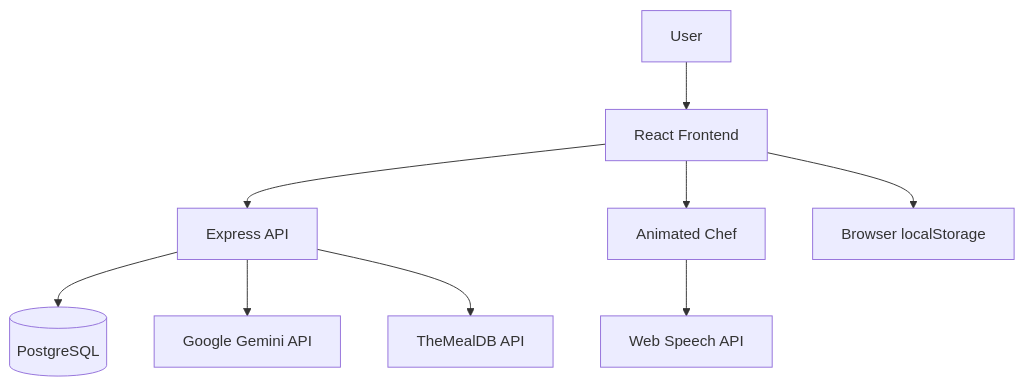
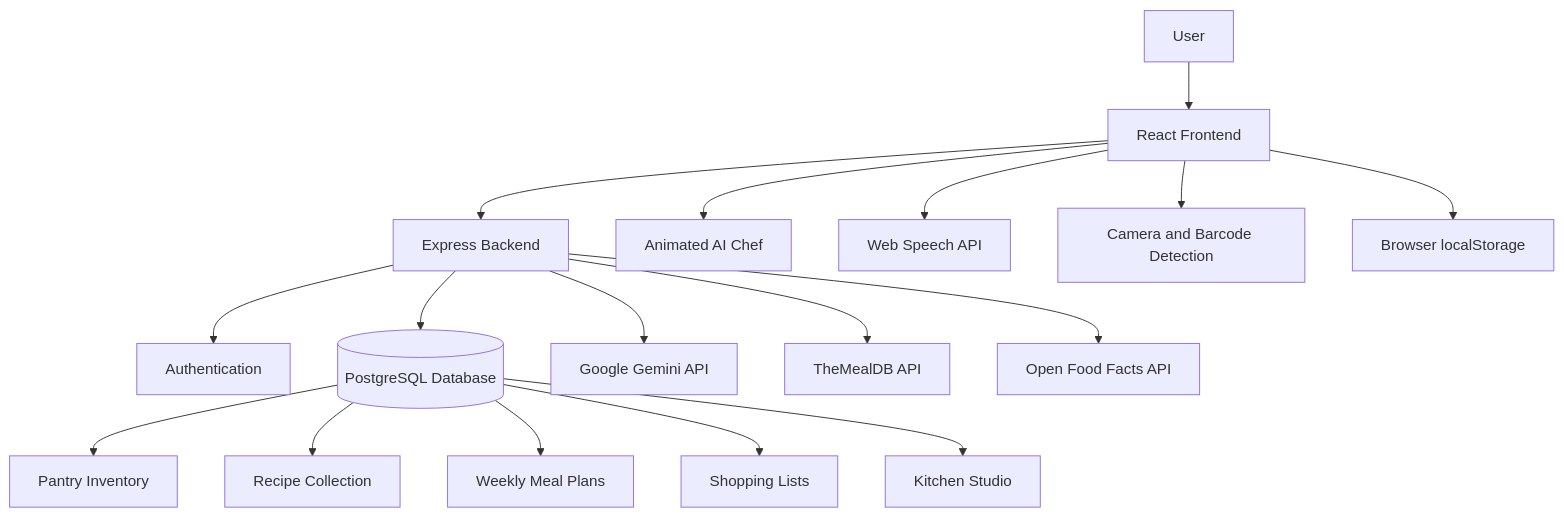
The first of 5 diagrams in README.md (codepath/web103_finalproject), drawn with Mermaid before and after one commit. The commit also changed other lines of this file, not shown here.

Commit message:
Finalize animated PrepWise 3.1 project README

````diff
--- a/README.md
+++ b/README.md
@@ -434,11 +934,23 @@
 ```mermaid
 flowchart TD
-    A[User] --> B[React Frontend]
-    B --> C[Express API]
-    C --> D[(PostgreSQL)]
-    C --> E[Google Gemini API]
-    C --> F[TheMealDB API]
-    B --> G[Animated Chef]
-    B --> H[Browser localStorage]
-    G --> I[Web Speech API]
+    U[User] --> F[React Frontend]
+
+    F --> B[Express Backend]
+
+    B --> A[Authentication]
+    B --> D[(PostgreSQL Database)]
+    B --> G[Google Gemini API]
+    B --> M[TheMealDB API]
+    B --> O[Open Food Facts API]
+
+    F --> C[Animated AI Chef]
+    F --> V[Web Speech API]
+    F --> S[Camera and Barcode Detection]
+    F --> L[Browser localStorage]
+
+    D --> P[Pantry Inventory]
+    D --> R[Recipe Collection]
+    D --> W[Weekly Meal Plans]
+    D --> H[Shopping Lists]
+    D --> K[Kitchen Studio]
 ```
````
